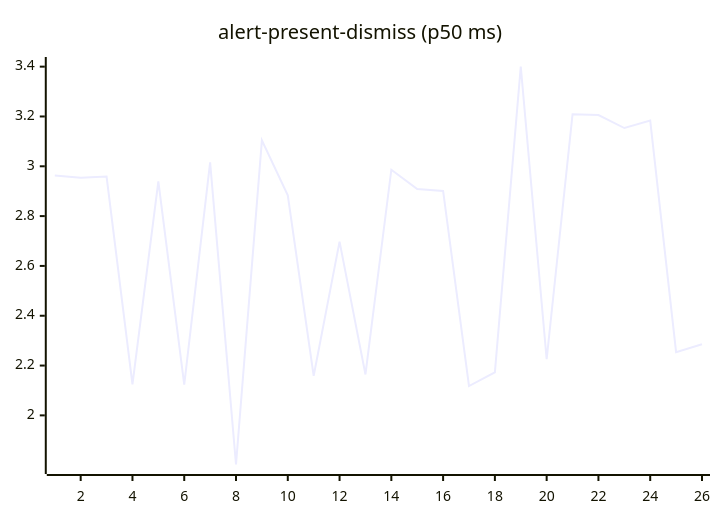
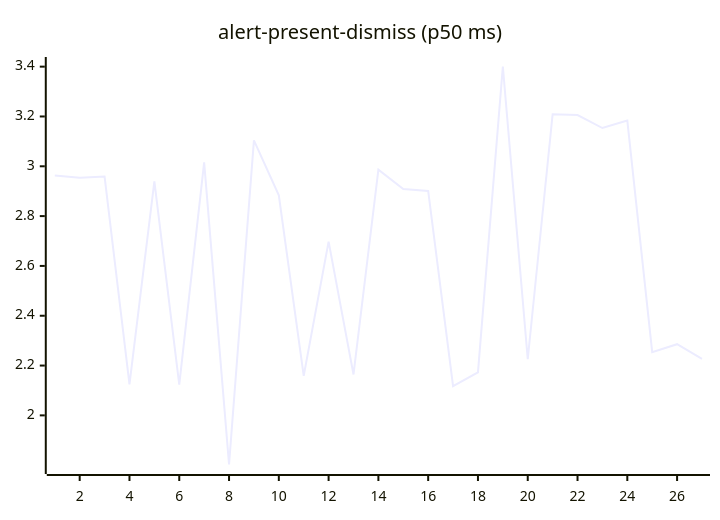
The second of 27 diagrams in README.md (josha/Facet), drawn with Mermaid before and after one commit. The commit also changed other lines of this file and 2 other files, not shown here.

````diff
--- a/README.md
+++ b/README.md
@@ -70,6 +70,6 @@
 ```mermaid
 xychart-beta
     title "alert-present-dismiss (p50 ms)"
-    x-axis 1 --> 26
-    line [2.9632, 2.9538, 2.9589, 2.1244, 2.9396, 2.1232, 3.0157, 1.8028, 3.1043, 2.8834, 2.1588, 2.6974, 2.1643, 2.9862, 2.9085, 2.9011, 2.1177, 2.1729, 3.4006, 2.2253, 3.2090, 3.2058, 3.1536, 3.1837, 2.2536, 2.2857]
+    x-axis 1 --> 27
+    line [2.9632, 2.9538, 2.9589, 2.1244, 2.9396, 2.1232, 3.0157, 1.8028, 3.1043, 2.8834, 2.1588, 2.6974, 2.1643, 2.9862, 2.9085, 2.9011, 2.1177, 2.1729, 3.4006, 2.2253, 3.2090, 3.2058, 3.1536, 3.1837, 2.2536, 2.2857, 2.2272]
 ```
````
